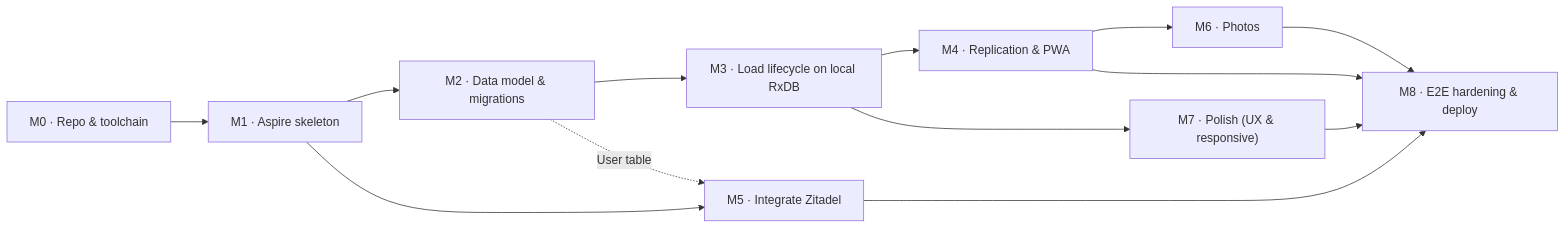
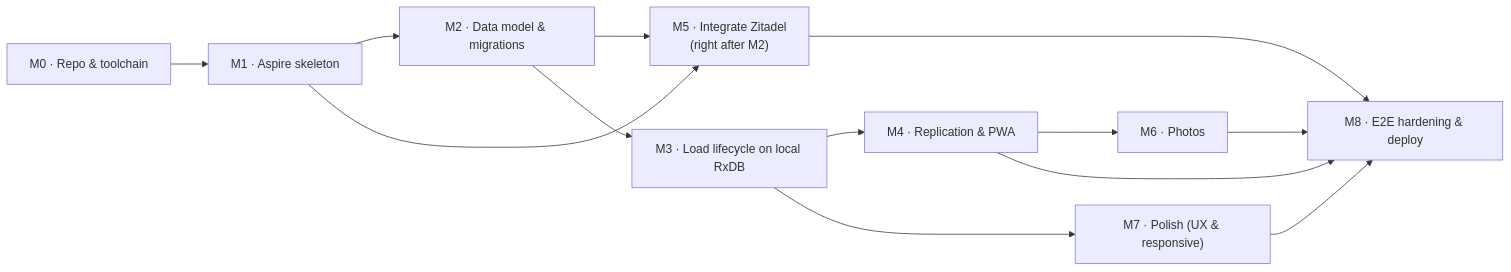
The first of 2 diagrams in specs/01-mvp/implementation-plan.md (quennethks/clothesline), drawn with Mermaid before and after one commit. The commit also changed other lines of this file, not shown here.

First line of the commit message:
Sequence M5 (Zitadel) right after M2 so auth lands early

````diff
--- a/specs/01-mvp/implementation-plan.md
+++ b/specs/01-mvp/implementation-plan.md
@@ -41,15 +44,15 @@
 ```mermaid
 flowchart LR
     M0["M0 · Repo & toolchain"] --> M1["M1 · Aspire skeleton"]
     M1 --> M2["M2 · Data model & migrations"]
-    M1 --> M5["M5 · Integrate Zitadel"]
+    M2 --> M5["M5 · Integrate Zitadel<br/>(right after M2)"]
+    M1 --> M5
     M2 --> M3["M3 · Load lifecycle on local RxDB"]
     M3 --> M4["M4 · Replication & PWA"]
     M3 --> M7["M7 · Polish (UX & responsive)"]
     M4 --> M6["M6 · Photos"]
     M4 --> M8["M8 · E2E hardening & deploy"]
     M5 --> M8
     M6 --> M8
     M7 --> M8
-    M2 -.->|User table| M5
 ```
````
